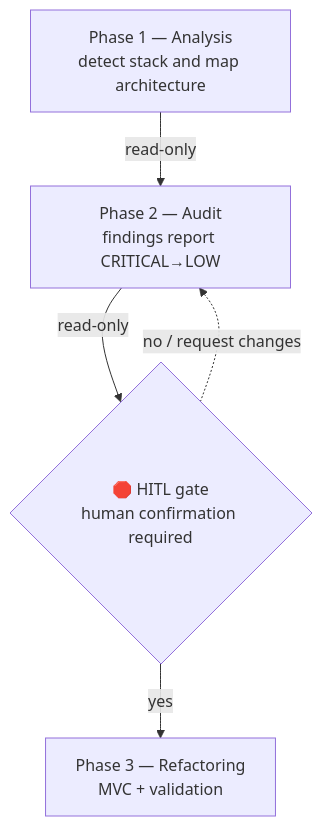
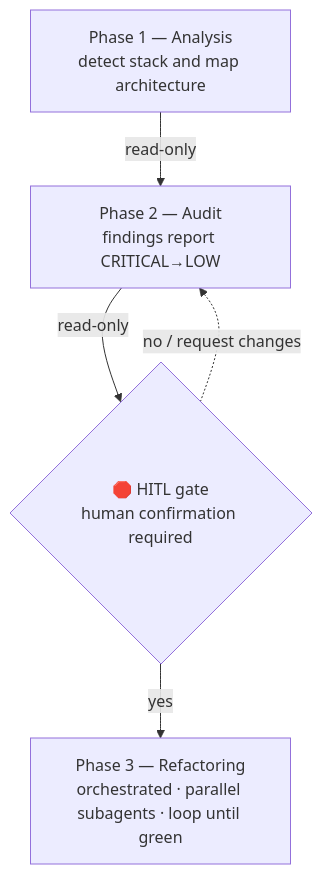
One commit to yahuchanam/mba-ia-refactor-projects-skill changed the first of 2 diagrams in .claude/skills/refactor-arch/SKILL.md. Above: the diagram before and after it, drawn with Mermaid. The commit also changed other lines of this file, not shown here.

First line of the commit message:
feat: orchestrate phase 3 with parallel subagents and toolchain loop

````diff
--- a/.claude/skills/refactor-arch/SKILL.md
+++ b/.claude/skills/refactor-arch/SKILL.md
@@ -19,12 +19,12 @@
 ```mermaid
 flowchart TD
     F1["Phase 1 — Analysis<br/>detect stack and map architecture"]
     F2["Phase 2 — Audit<br/>findings report CRITICAL→LOW"]
     GATE{"🛑 HITL gate<br/>human confirmation required"}
-    F3["Phase 3 — Refactoring<br/>MVC + validation"]
+    F3["Phase 3 — Refactoring<br/>orchestrated · parallel subagents · loop until green"]
 
     F1 -->|read-only| F2
     F2 -->|read-only| GATE
     GATE -->|yes| F3
     GATE -.->|no / request changes| F2
 ```
````
